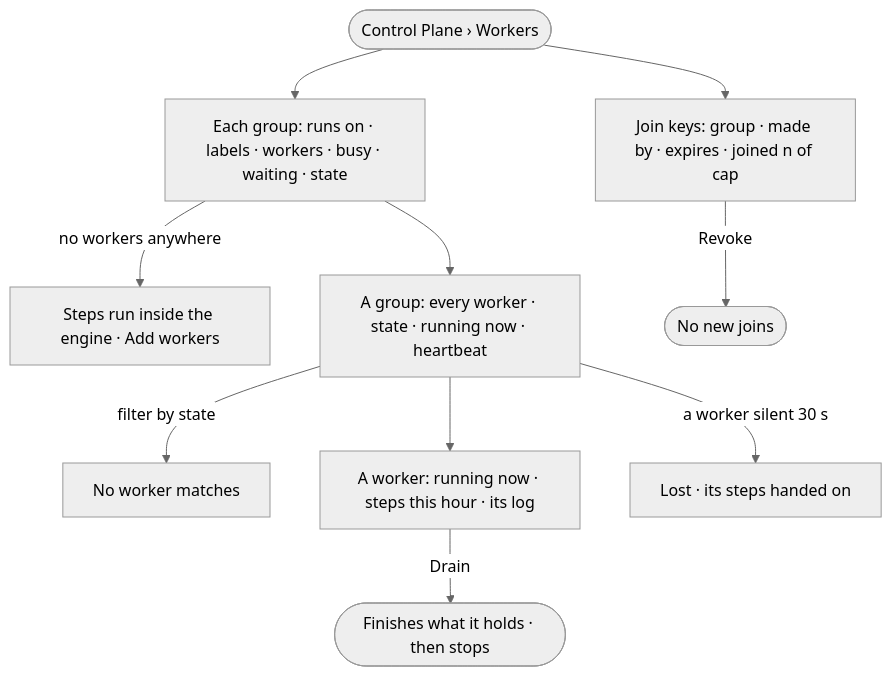
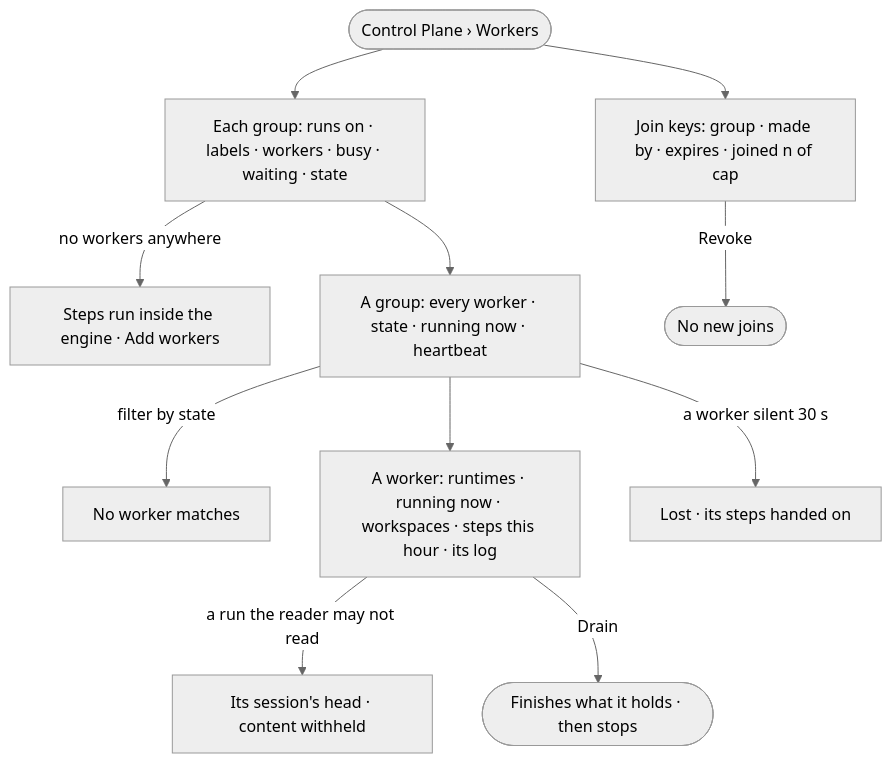
The diagram in specs/os/control/features/CP-F03-workers-and-the-queue/stories/CP-09-see-every-worker-and-what-it-is-running/story.md (invana/invana), drawn with Mermaid (neutral theme) before and after one commit. The commit also changed other lines of this file and 300 other files, not shown here.

````diff
--- a/specs/os/control/features/CP-F03-workers-and-the-queue/stories/CP-09-see-every-worker-and-what-it-is-running/story.md
+++ b/specs/os/control/features/CP-F03-workers-and-the-queue/stories/CP-09-see-every-worker-and-what-it-is-running/story.md
@@ -26,12 +26,13 @@
 ```mermaid
 flowchart TD
   s([Control Plane › Workers]) --> g["Each group: runs on · labels · workers · busy · waiting · state"]
   g -->|no workers anywhere| nw["Steps run inside the engine · Add workers"]
   g --> grp["A group: every worker · state · running now · heartbeat"]
   grp -->|filter by state| f["No worker matches"]
-  grp --> w["A worker: running now · steps this hour · its log"]
+  grp --> w["A worker: runtimes · running now · workspaces · steps this hour · its log"]
+  w -->|a run the reader may not read| wh["Its session's head · content withheld"]
   w -->|Drain| d(["Finishes what it holds · then stops"])
   grp -->|a worker silent 30 s| lost["Lost · its steps handed on"]
   s --> keys["Join keys: group · made by · expires · joined n of cap"]
   keys -->|Revoke| rv(["No new joins"])
 ```
````
